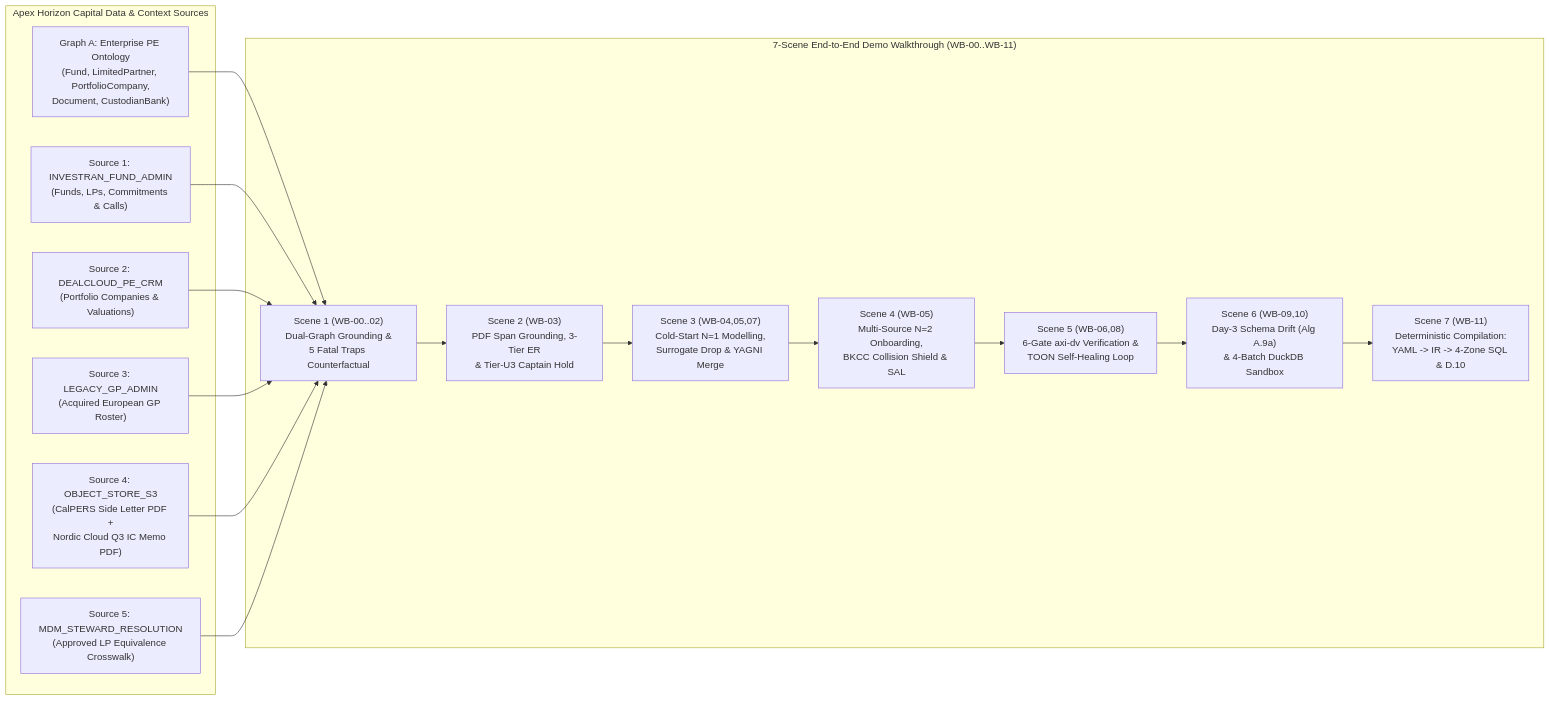
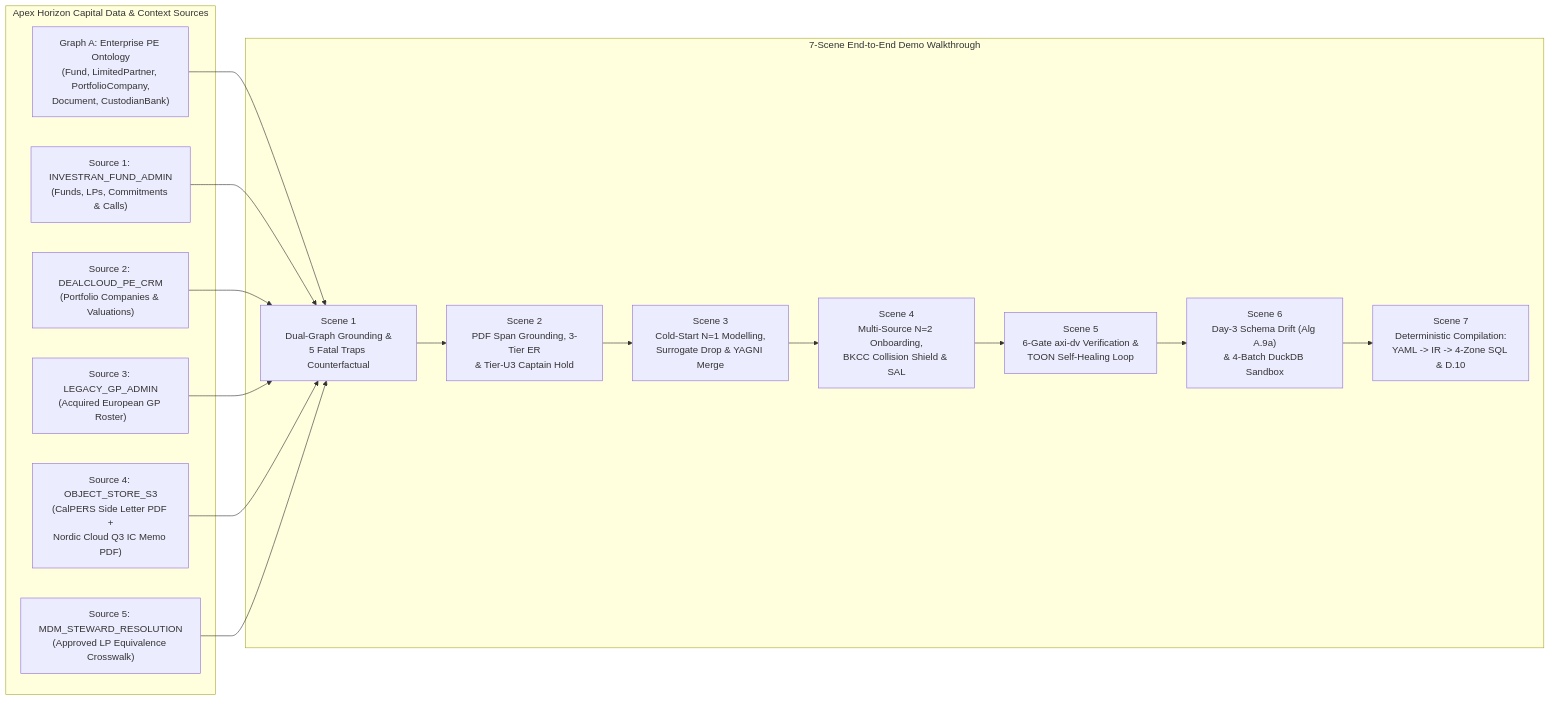
One commit to nogoo9/open-dv changed the diagram in docs/07-end-to-end-private-equity-demo.md. Above: the diagram before and after it, drawn with Mermaid. The commit also changed other lines of this file and 643 other files, not shown here.

First line of the commit message:
feat(platform): Platform Parity & Architecture Plan v3.9 (P1-P10, #63) (#189)

````diff
--- a/docs/07-end-to-end-private-equity-demo.md
+++ b/docs/07-end-to-end-private-equity-demo.md
@@ -20,23 +20,23 @@
 ```mermaid
 flowchart LR
     subgraph Sources["Apex Horizon Capital Data & Context Sources"]
         GA["Graph A: Enterprise PE Ontology\n(Fund, LimitedPartner, PortfolioCompany,\nDocument, CustodianBank)"]
         S1["Source 1: INVESTRAN_FUND_ADMIN\n(Funds, LPs, Commitments & Calls)"]
         S2["Source 2: DEALCLOUD_PE_CRM\n(Portfolio Companies & Valuations)"]
         S3["Source 3: LEGACY_GP_ADMIN\n(Acquired European GP Roster)"]
         S4["Source 4: OBJECT_STORE_S3\n(CalPERS Side Letter PDF +\nNordic Cloud Q3 IC Memo PDF)"]
         S5["Source 5: MDM_STEWARD_RESOLUTION\n(Approved LP Equivalence Crosswalk)"]
     end
 
-    subgraph Scenes["7-Scene End-to-End Demo Walkthrough (WB-00..WB-11)"]
-        SC1["Scene 1 (WB-00..02)\nDual-Graph Grounding &\n5 Fatal Traps Counterfactual"]
-        SC2["Scene 2 (WB-03)\nPDF Span Grounding, 3-Tier ER\n& Tier-U3 Captain Hold"]
-        SC3["Scene 3 (WB-04,05,07)\nCold-Start N=1 Modelling,\nSurrogate Drop & YAGNI Merge"]
-        SC4["Scene 4 (WB-05)\nMulti-Source N=2 Onboarding,\nBKCC Collision Shield & SAL"]
-        SC5["Scene 5 (WB-06,08)\n6-Gate axi-dv Verification &\nTOON Self-Healing Loop"]
-        SC6["Scene 6 (WB-09,10)\nDay-3 Schema Drift (Alg A.9a)\n& 4-Batch DuckDB Sandbox"]
-        SC7["Scene 7 (WB-11)\nDeterministic Compilation:\nYAML -> IR -> 4-Zone SQL & D.10"]
+    subgraph Scenes["7-Scene End-to-End Demo Walkthrough"]
+        SC1["Scene 1\nDual-Graph Grounding &\n5 Fatal Traps Counterfactual"]
+        SC2["Scene 2\nPDF Span Grounding, 3-Tier ER\n& Tier-U3 Captain Hold"]
+        SC3["Scene 3\nCold-Start N=1 Modelling,\nSurrogate Drop & YAGNI Merge"]
+        SC4["Scene 4\nMulti-Source N=2 Onboarding,\nBKCC Collision Shield & SAL"]
+        SC5["Scene 5\n6-Gate axi-dv Verification &\nTOON Self-Healing Loop"]
+        SC6["Scene 6\nDay-3 Schema Drift (Alg A.9a)\n& 4-Batch DuckDB Sandbox"]
+        SC7["Scene 7\nDeterministic Compilation:\nYAML -> IR -> 4-Zone SQL & D.10"]
     end
 
     GA & S1 & S2 & S3 & S4 & S5 --> SC1 --> SC2 --> SC3 --> SC4 --> SC5 --> SC6 --> SC7
 ```
````
